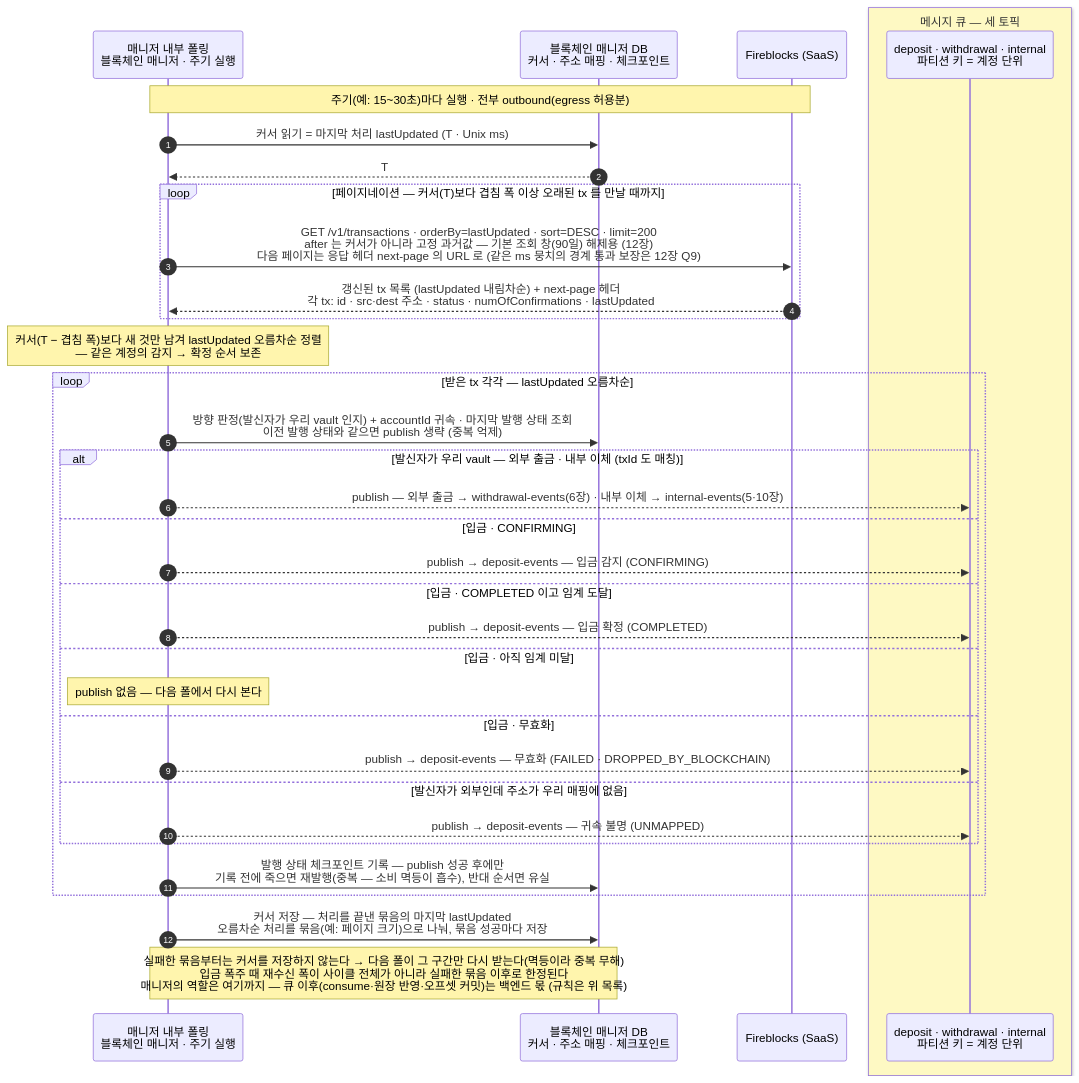
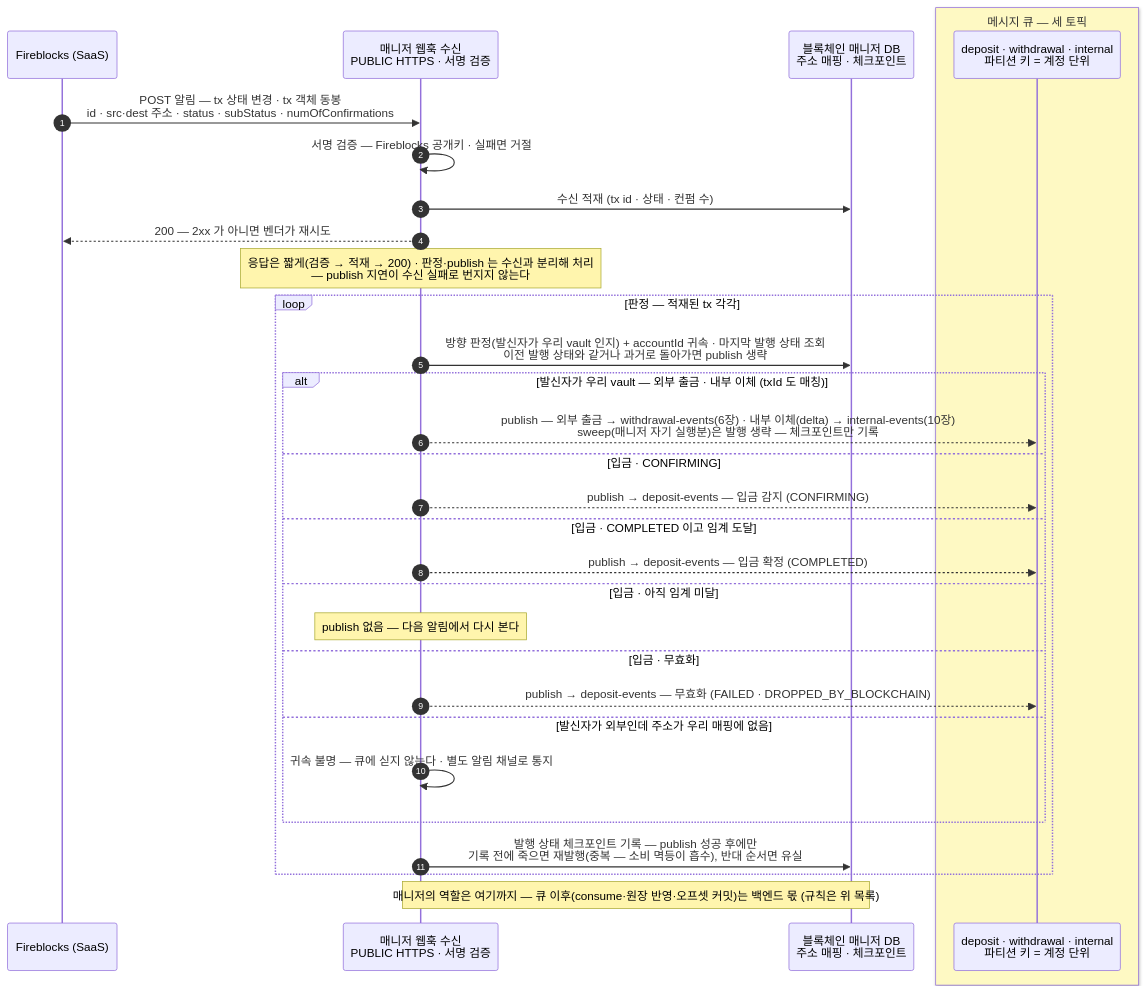
The first of 2 diagrams in blockchain-manager/docs/블록체인매니저/설계/04-detect-confirm.md (eunsujeo/eunpus), drawn with Mermaid before and after one commit. The commit also changed other lines of this file and 31 other files, not shown here.

First line of the commit message:
감지 웹훅 전환 + 회의 피드백 — sweep 내부화·delta 전용 큐·귀속 불명 알림 채널

````diff
--- a/blockchain-manager/docs/블록체인매니저/설계/04-detect-confirm.md
+++ b/blockchain-manager/docs/블록체인매니저/설계/04-detect-confirm.md
@@ -78,41 +78,35 @@
 ```mermaid
 sequenceDiagram
     autonumber
-    participant SUB as 매니저 내부 폴링<br/>블록체인 매니저 · 주기 실행
-    participant MDB as 블록체인 매니저 DB<br/>커서 · 주소 매핑 · 체크포인트
     participant FB as Fireblocks (SaaS)
+    participant WH as 매니저 웹훅 수신<br/>PUBLIC HTTPS · 서명 검증
+    participant MDB as 블록체인 매니저 DB<br/>주소 매핑 · 체크포인트
     box rgb(254,249,195) 메시지 큐 — 세 토픽
     participant MQ as deposit · withdrawal · internal<br/>파티션 키 = 계정 단위
     end
 
-    Note over SUB,FB: 주기(예: 15~30초)마다 실행 · 전부 outbound(egress 허용분)
-    SUB->>MDB: 커서 읽기 = 마지막 처리 lastUpdated (T · Unix ms)
-    MDB-->>SUB: T
+    FB->>WH: POST 알림 — tx 상태 변경 · tx 객체 동봉<br/>id · src·dest 주소 · status · subStatus · numOfConfirmations
+    WH->>WH: 서명 검증 — Fireblocks 공개키 · 실패면 거절
+    WH->>MDB: 수신 적재 (tx id · 상태 · 컨펌 수)
+    WH-->>FB: 200 — 2xx 가 아니면 벤더가 재시도
+    Note over WH: 응답은 짧게(검증 → 적재 → 200) · 판정·publish 는 수신과 분리해 처리<br/>— publish 지연이 수신 실패로 번지지 않는다
 
-    loop 페이지네이션 — 커서(T)보다 겹침 폭 이상 오래된 tx 를 만날 때까지
-        SUB->>FB: GET /v1/transactions · orderBy=lastUpdated · sort=DESC · limit=200<br/>after 는 커서가 아니라 고정 과거값 — 기본 조회 창(90일) 해제용 (12장)<br/>다음 페이지는 응답 헤더 next-page 의 URL 로 (같은 ms 뭉치의 경계 통과 보장은 12장 Q9)
-        FB-->>SUB: 갱신된 tx 목록 (lastUpdated 내림차순) + next-page 헤더<br/>각 tx: id · src·dest 주소 · status · numOfConfirmations · lastUpdated
+    loop 판정 — 적재된 tx 각각
+        WH->>MDB: 방향 판정(발신자가 우리 vault 인지) + accountId 귀속 · 마지막 발행 상태 조회<br/>이전 발행 상태와 같거나 과거로 돌아가면 publish 생략
+        alt 발신자가 우리 vault — 외부 출금 · 내부 이체 (txId 도 매칭)
+            WH-->>MQ: publish — 외부 출금 → withdrawal-events(6장) · 내부 이체(delta) → internal-events(10장)<br/>sweep(매니저 자기 실행분)은 발행 생략 — 체크포인트만 기록
+        else 입금 · CONFIRMING
+            WH-->>MQ: publish → deposit-events — 입금 감지 (CONFIRMING)
+        else 입금 · COMPLETED 이고 임계 도달
+            WH-->>MQ: publish → deposit-events — 입금 확정 (COMPLETED)
+        else 입금 · 아직 임계 미달
+            Note over WH: publish 없음 — 다음 알림에서 다시 본다
+        else 입금 · 무효화
+            WH-->>MQ: publish → deposit-events — 무효화 (FAILED · DROPPED_BY_BLOCKCHAIN)
+        else 발신자가 외부인데 주소가 우리 매핑에 없음
+            WH->>WH: 귀속 불명 — 큐에 싣지 않는다 · 별도 알림 채널로 통지
+        end
+        WH->>MDB: 발행 상태 체크포인트 기록 — publish 성공 후에만<br/>기록 전에 죽으면 재발행(중복 — 소비 멱등이 흡수), 반대 순서면 유실
     end
-    Note over SUB: 커서(T − 겹침 폭)보다 새 것만 남겨 lastUpdated 오름차순 정렬<br/>— 같은 계정의 감지 → 확정 순서 보존
-
-    loop 받은 tx 각각 — lastUpdated 오름차순
-        SUB->>MDB: 방향 판정(발신자가 우리 vault 인지) + accountId 귀속 · 마지막 발행 상태 조회<br/>이전 발행 상태와 같으면 publish 생략 (중복 억제)
-        alt 발신자가 우리 vault — 외부 출금 · 내부 이체 (txId 도 매칭)
-            SUB-->>MQ: publish — 외부 출금 → withdrawal-events(6장) · 내부 이체 → internal-events(5·10장)
-        else 입금 · CONFIRMING
-            SUB-->>MQ: publish → deposit-events — 입금 감지 (CONFIRMING)
-        else 입금 · COMPLETED 이고 임계 도달
-            SUB-->>MQ: publish → deposit-events — 입금 확정 (COMPLETED)
-        else 입금 · 아직 임계 미달
-            Note over SUB: publish 없음 — 다음 폴에서 다시 본다
-        else 입금 · 무효화
-            SUB-->>MQ: publish → deposit-events — 무효화 (FAILED · DROPPED_BY_BLOCKCHAIN)
-        else 발신자가 외부인데 주소가 우리 매핑에 없음
-            SUB-->>MQ: publish → deposit-events — 귀속 불명 (UNMAPPED)
-        end
-        SUB->>MDB: 발행 상태 체크포인트 기록 — publish 성공 후에만<br/>기록 전에 죽으면 재발행(중복 — 소비 멱등이 흡수), 반대 순서면 유실
-    end
-
-    SUB->>MDB: 커서 저장 — 처리를 끝낸 묶음의 마지막 lastUpdated<br/>오름차순 처리를 묶음(예: 페이지 크기)으로 나눠, 묶음 성공마다 저장
-    Note over SUB,MDB: 실패한 묶음부터는 커서를 저장하지 않는다 → 다음 폴이 그 구간만 다시 받는다(멱등이라 중복 무해)<br/>입금 폭주 때 재수신 폭이 사이클 전체가 아니라 실패한 묶음 이후로 한정된다<br/>매니저의 역할은 여기까지 — 큐 이후(consume·원장 반영·오프셋 커밋)는 백엔드 몫 (규칙은 위 목록)
+    Note over WH,MDB: 매니저의 역할은 여기까지 — 큐 이후(consume·원장 반영·오프셋 커밋)는 백엔드 몫 (규칙은 위 목록)
 ```
````
